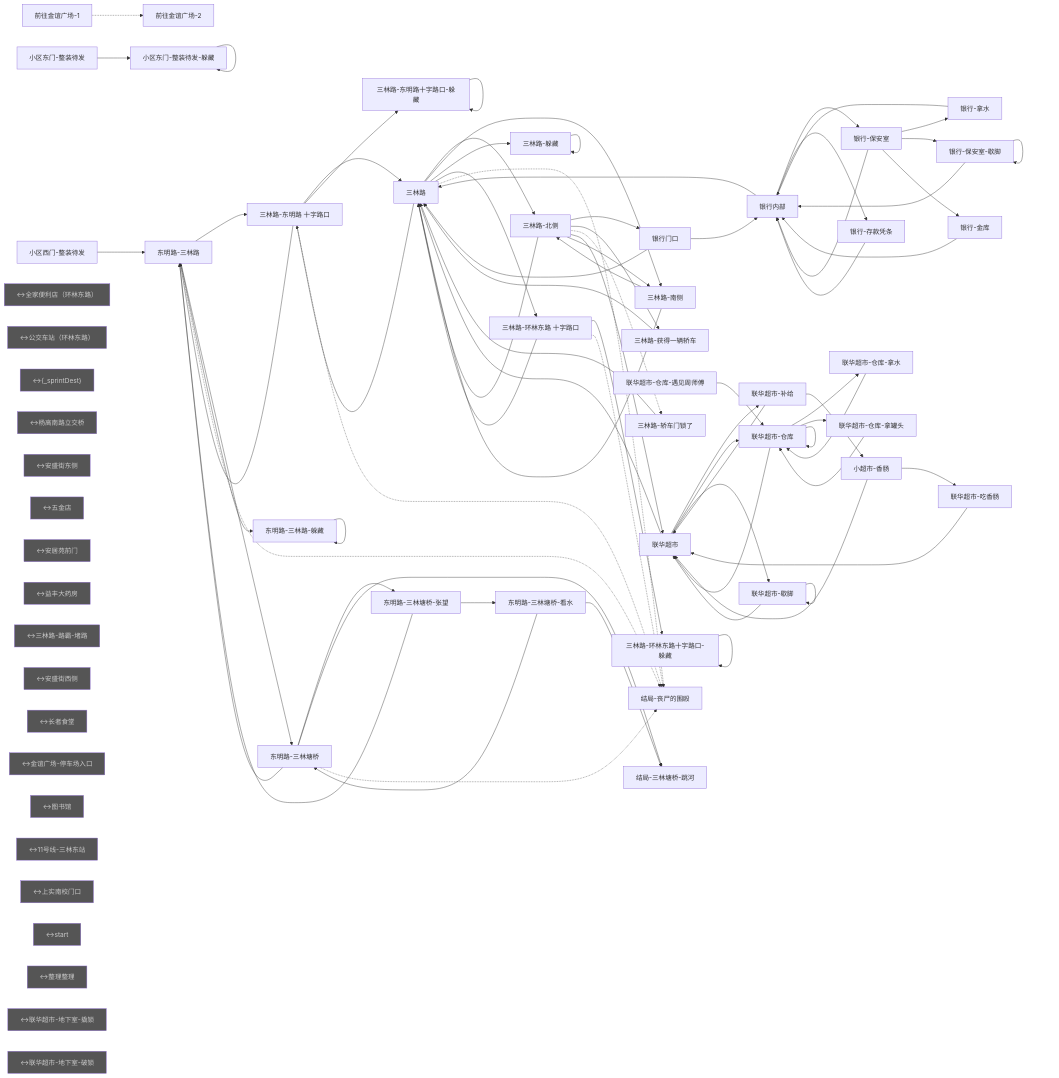
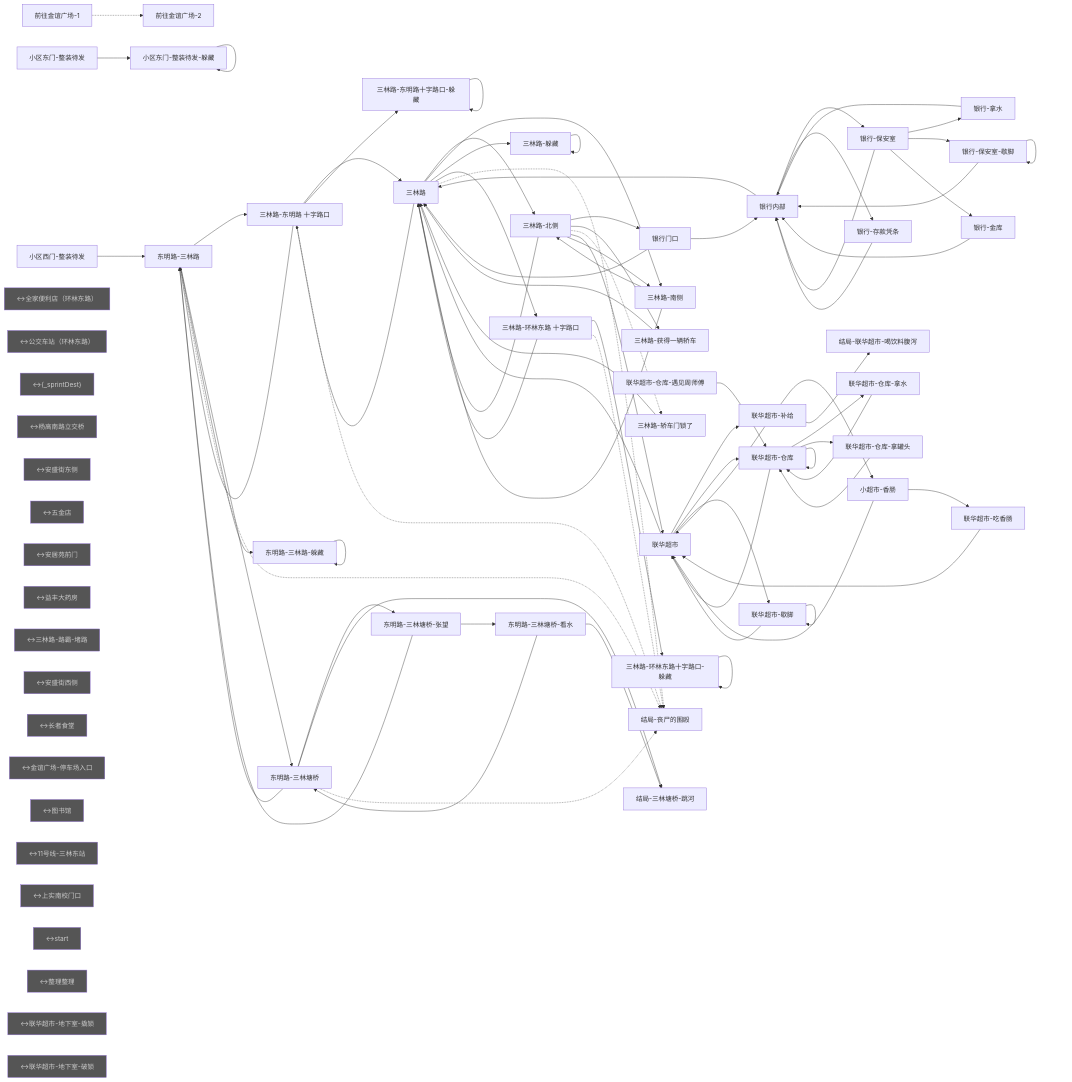
One commit to bobomymz/Plot-Game changed the diagram in tools/graph-report/东明街道_东明街道路径.js.mmd. Above: the diagram before and after it, drawn with Mermaid. The commit also changed 26 other files, not shown here.

```diff
--- a/tools/graph-report/东明街道_东明街道路径.js.mmd
+++ b/tools/graph-report/东明街道_东明街道路径.js.mmd
@@ -1,134 +1,136 @@
 flowchart LR
   n0["小区东门-整装待发"]
   n1["小区西门-整装待发"]
   n2["三林路-环林东路 十字路口"]
   n3["三林路"]
   n4["三林路-北侧"]
   n5["三林路-南侧"]
   n6["三林路-东明路 十字路口"]
   n7["前往金谊广场-1"]
   n8["前往金谊广场-2"]
   n9["三林路-获得一辆轿车"]
   n10["三林路-轿车门锁了"]
   n11["东明路-三林路"]
   n12["东明路-三林塘桥"]
   n13["东明路-三林塘桥-张望"]
   n14["东明路-三林塘桥-看水"]
   n15["结局-三林塘桥-跳河"]
   n16["结局-丧尸的围殴"]
   n17["银行门口"]
   n18["银行内部"]
   n19["银行-保安室"]
   n20["银行-保安室-歇脚"]
   n21["银行-拿水"]
   n22["银行-金库"]
   n23["银行-存款凭条"]
   n24["联华超市"]
   n25["小超市-香肠"]
   n26["联华超市-吃香肠"]
   n27["联华超市-补给"]
-  n28["联华超市-歇脚"]
-  n29["联华超市-仓库-遇见周师傅"]
-  n30["联华超市-仓库"]
-  n31["联华超市-仓库-拿罐头"]
-  n32["联华超市-仓库-拿水"]
-  n33["小区东门-整装待发-躲藏"]
-  n34["三林路-环林东路十字路口-躲藏"]
-  n35["三林路-躲藏"]
-  n36["三林路-东明路十字路口-躲藏"]
-  n37["东明路-三林路-躲藏"]
-  n38["↔全家便利店（环林东路）"]:::ext
-  n39["↔公交车站（环林东路）"]:::ext
-  n40["↔{_sprintDest}"]:::ext
-  n41["↔杨高南路立交桥"]:::ext
-  n42["↔安盛街东侧"]:::ext
-  n43["↔五金店"]:::ext
-  n44["↔安居苑前门"]:::ext
-  n45["↔益丰大药房"]:::ext
-  n46["↔三林路-路霸-堵路"]:::ext
-  n47["↔安盛街西侧"]:::ext
-  n48["↔长者食堂"]:::ext
-  n49["↔金谊广场-停车场入口"]:::ext
-  n50["↔图书馆"]:::ext
-  n51["↔11号线-三林东站"]:::ext
-  n52["↔上实南校门口"]:::ext
-  n53["↔start"]:::ext
-  n54["↔整理整理"]:::ext
-  n55["↔联华超市-地下室-撬锁"]:::ext
-  n56["↔联华超市-地下室-破锁"]:::ext
-  n0 --> n33
+  n28["结局-联华超市-喝饮料腹泻"]
+  n29["联华超市-歇脚"]
+  n30["联华超市-仓库-遇见周师傅"]
+  n31["联华超市-仓库"]
+  n32["联华超市-仓库-拿罐头"]
+  n33["联华超市-仓库-拿水"]
+  n34["小区东门-整装待发-躲藏"]
+  n35["三林路-环林东路十字路口-躲藏"]
+  n36["三林路-躲藏"]
+  n37["三林路-东明路十字路口-躲藏"]
+  n38["东明路-三林路-躲藏"]
+  n39["↔全家便利店（环林东路）"]:::ext
+  n40["↔公交车站（环林东路）"]:::ext
+  n41["↔{_sprintDest}"]:::ext
+  n42["↔杨高南路立交桥"]:::ext
+  n43["↔安盛街东侧"]:::ext
+  n44["↔五金店"]:::ext
+  n45["↔安居苑前门"]:::ext
+  n46["↔益丰大药房"]:::ext
+  n47["↔三林路-路霸-堵路"]:::ext
+  n48["↔安盛街西侧"]:::ext
+  n49["↔长者食堂"]:::ext
+  n50["↔金谊广场-停车场入口"]:::ext
+  n51["↔图书馆"]:::ext
+  n52["↔11号线-三林东站"]:::ext
+  n53["↔上实南校门口"]:::ext
+  n54["↔start"]:::ext
+  n55["↔整理整理"]:::ext
+  n56["↔联华超市-地下室-撬锁"]:::ext
+  n57["↔联华超市-地下室-破锁"]:::ext
+  n0 --> n34
   n1 --> n11
   n2 --> n3
-  n2 --> n34
+  n2 --> n35
   n2 -.-> n16
   n3 --> n4
   n3 --> n5
-  n3 --> n35
+  n3 --> n36
   n3 --> n2
   n3 --> n6
   n3 -.-> n16
   n4 --> n17
   n4 --> n9
   n4 -.-> n10
   n4 --> n24
   n4 --> n5
   n4 --> n3
   n5 --> n4
   n5 --> n3
   n6 --> n11
   n6 --> n3
-  n6 --> n36
+  n6 --> n37
   n6 -.-> n16
   n7 -.-> n8
   n9 --> n3
   n10 --> n3
   n11 --> n6
   n11 --> n12
-  n11 --> n37
+  n11 --> n38
   n11 -.-> n16
   n12 --> n13
   n12 --> n11
   n12 --> n15
   n12 -.-> n16
   n13 --> n11
   n13 --> n14
   n14 --> n12
   n14 --> n15
   n17 --> n18
   n17 --> n3
   n18 --> n19
   n18 --> n23
   n18 --> n3
   n19 --> n21
   n19 --> n20
   n19 --> n22
   n19 --> n18
   n20 --> n20
   n20 --> n18
   n21 --> n18
   n22 --> n18
   n23 --> n18
   n24 --> n27
-  n24 --> n30
-  n24 --> n28
+  n24 --> n31
+  n24 --> n29
   n24 --> n3
   n25 --> n26
   n25 --> n24
   n26 --> n24
   n27 --> n24
   n27 --> n25
-  n28 --> n28
-  n28 --> n24
-  n29 --> n30
-  n30 --> n32
+  n27 --> n28
+  n29 --> n29
+  n29 --> n24
   n30 --> n31
-  n30 --> n24
-  n30 --> n30
-  n31 --> n30
-  n32 --> n30
-  n33 --> n33
+  n31 --> n33
+  n31 --> n32
+  n31 --> n24
+  n31 --> n31
+  n32 --> n31
+  n33 --> n31
   n34 --> n34
   n35 --> n35
   n36 --> n36
   n37 --> n37
+  n38 --> n38
   classDef ext fill:#555,color:#ccc;
```
